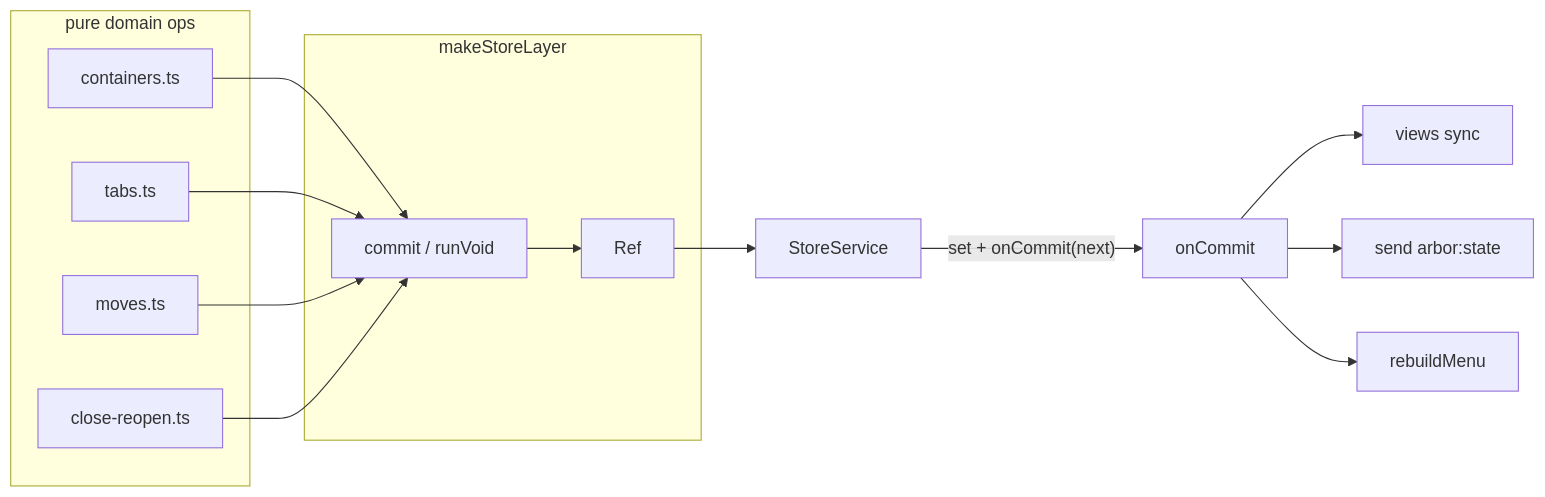
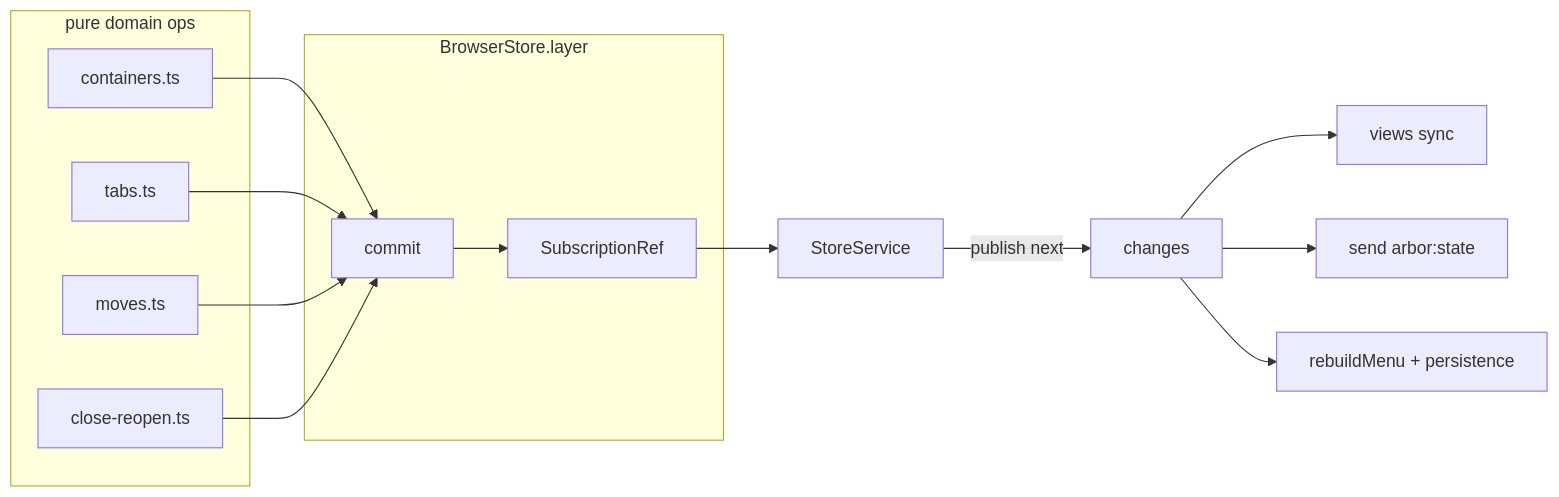
The first of 3 diagrams in docs/architecture/03-store.md (rom100main/arbor), drawn with Mermaid before and after one commit. The commit also changed other lines of this file and 3 other files, not shown here.

Commit message:
docs(architecture): ops no longer throw, use effect on store, adapt the rest of code on effect

````diff
--- a/docs/architecture/03-store.md
+++ b/docs/architecture/03-store.md
@@ -32,29 +34,29 @@
 ```mermaid
 flowchart LR
     subgraph Ops["pure domain ops"]
         CC["containers.ts"]
         TB["tabs.ts"]
         MV["moves.ts"]
         CR["close-reopen.ts"]
     end
-    subgraph Lay["makeStoreLayer"]
-        REF["Ref<DomainState>"]
-        RUN["commit / runVoid"]
+    subgraph Lay["BrowserStore.layer"]
+        REF["SubscriptionRef<DomainState>"]
+        RUN["commit"]
     end
     SVC["StoreService"]
-    COM["onCommit"]
+    COM["changes"]
     OUT1["views sync"]
     OUT2["send arbor:state"]
-    OUT3["rebuildMenu"]
+    OUT3["rebuildMenu + persistence"]
 
     CC --> RUN
     TB --> RUN
     MV --> RUN
     CR --> RUN
     RUN --> REF
     REF --> SVC
-    SVC -->|"set + onCommit(next)"| COM
+    SVC -->|"publish next"| COM
     COM --> OUT1
     COM --> OUT2
     COM --> OUT3
 ```
````
